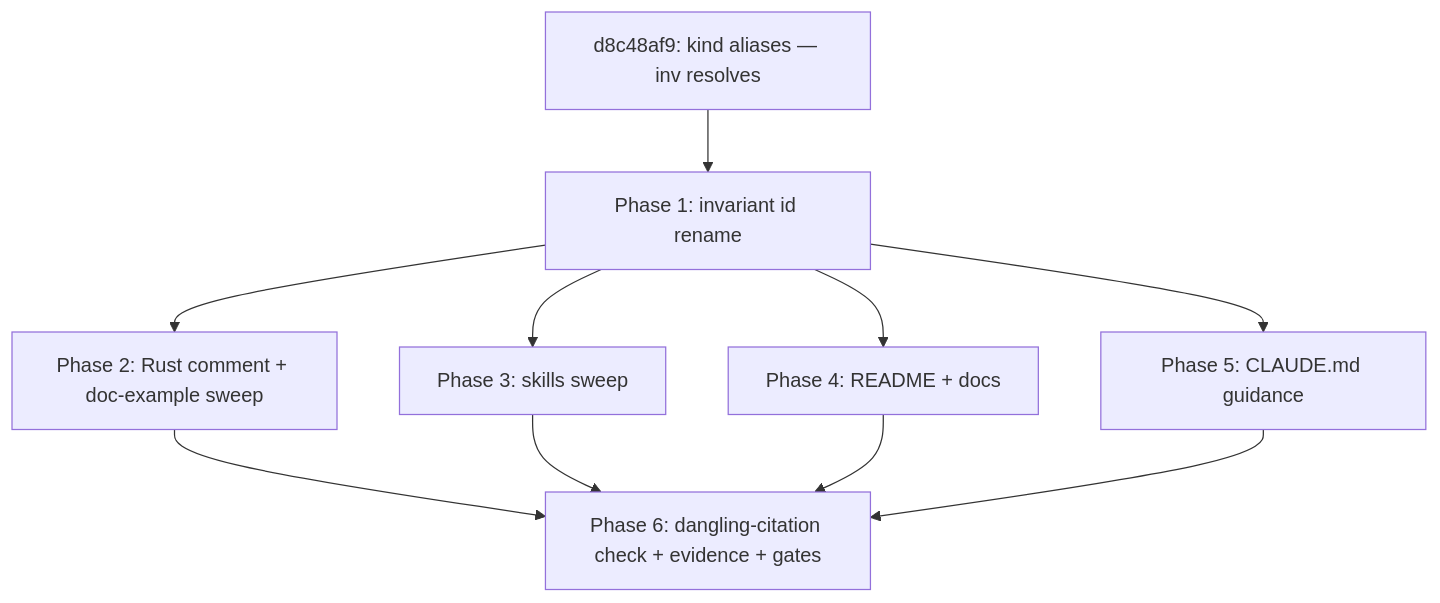
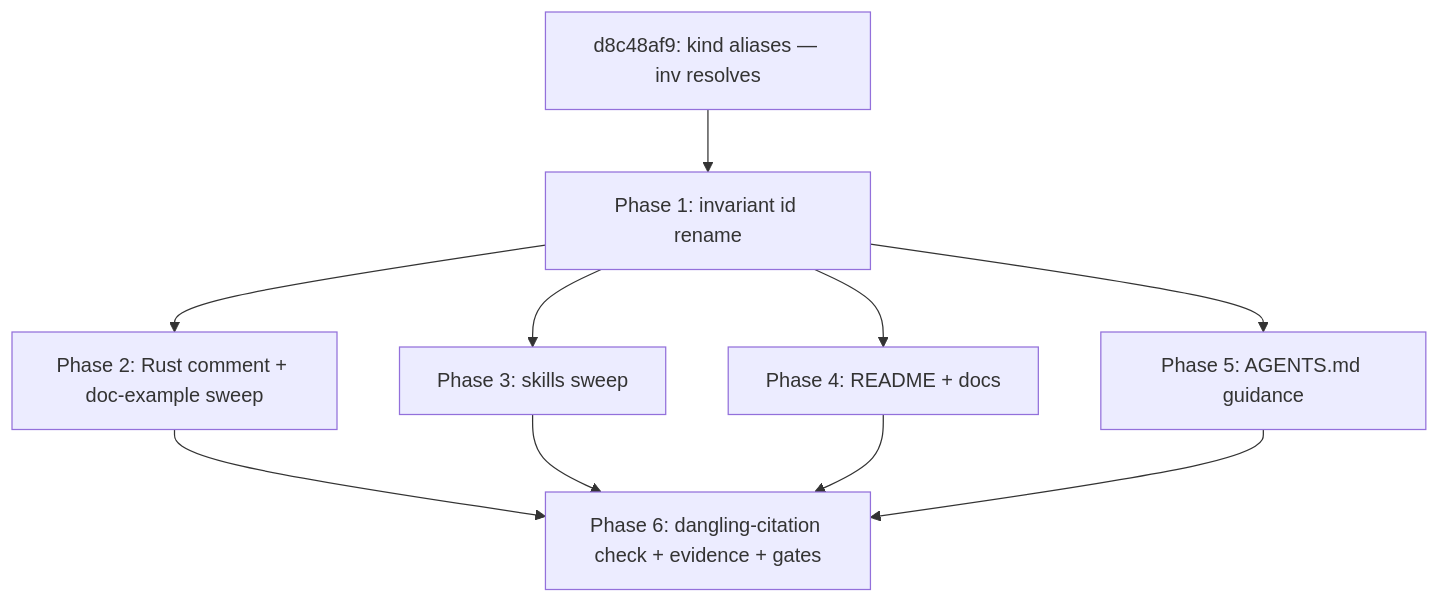
One commit to erankavija/just-in-time changed the diagram in dev/active/76cb968b-ssot-adoption-sweep.md. Above: the diagram before and after it, drawn with Mermaid. The commit also changed other lines of this file and 177 other files, not shown here.

````diff
--- a/dev/active/76cb968b-ssot-adoption-sweep.md
+++ b/dev/active/76cb968b-ssot-adoption-sweep.md
@@ -29,12 +29,12 @@
 ```mermaid
 graph TD
     A[d8c48af9: kind aliases — inv resolves] --> B[Phase 1: invariant id rename]
     B --> C[Phase 2: Rust comment + doc-example sweep]
     B --> D[Phase 3: skills sweep]
     B --> E[Phase 4: README + docs]
-    B --> F[Phase 5: CLAUDE.md guidance]
+    B --> F[Phase 5: AGENTS.md guidance]
     C --> G[Phase 6: dangling-citation check + evidence + gates]
     D --> G
     E --> G
     F --> G
 ```
````
